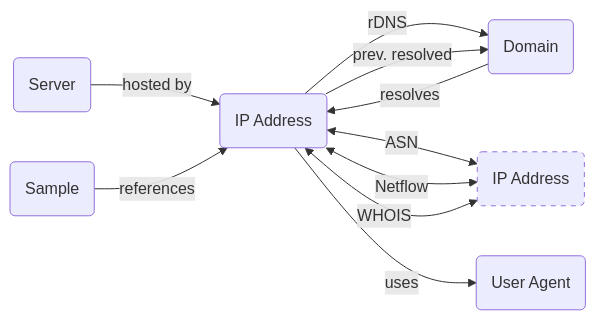
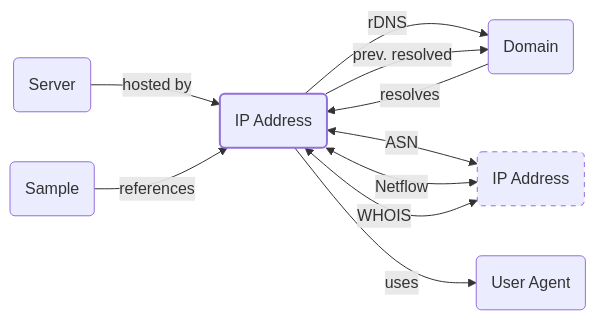
Before and after one commit to korniko98/pivot-atlas: the diagram in docs/index.md, drawn with Mermaid. The commit also changed other lines of this file and 9 other files, not shown here.

````diff
--- a/docs/index.md
+++ b/docs/index.md
@@ -38,30 +38,31 @@
 	```mermaid
 	flowchart LR
+		classDef primary stroke-width: 2px
 		classDef secondary stroke-dasharray: 5 5
 		
 		%% define nodes
-		IP_ADDRESS(IP Address)
+		IP_ADDRESS(IP Address):::primary
 		IP_ADDRESS_(IP Address):::secondary
 		DOMAIN(Domain)
 		SERVER(Server)
 		SAMPLE(Sample)
 		USER_AGENT(User Agent)
 		
 		%% define edges
 		DOMAIN -- resolves --> IP_ADDRESS
 		IP_ADDRESS -- rDNS --> DOMAIN
 		IP_ADDRESS -- prev. resolved --> DOMAIN
 		IP_ADDRESS <-- ASN --> IP_ADDRESS_
 		IP_ADDRESS -- uses --> USER_AGENT
 		IP_ADDRESS <-- Netflow --> IP_ADDRESS_
 		IP_ADDRESS <-- WHOIS --> IP_ADDRESS_
 		SERVER -- hosted by --> IP_ADDRESS
 		SAMPLE -- references --> IP_ADDRESS
 		
 		%% define links
 		click IP_ADDRESS "/artifacts/ip-address"
 		click DOMAIN "/artifacts/domain"
 		click SERVER "/artifacts/server"
 		click SAMPLE "/artifacts/sample"
 		click USER_AGENT "/artifacts/user-agent"
 	```
````
